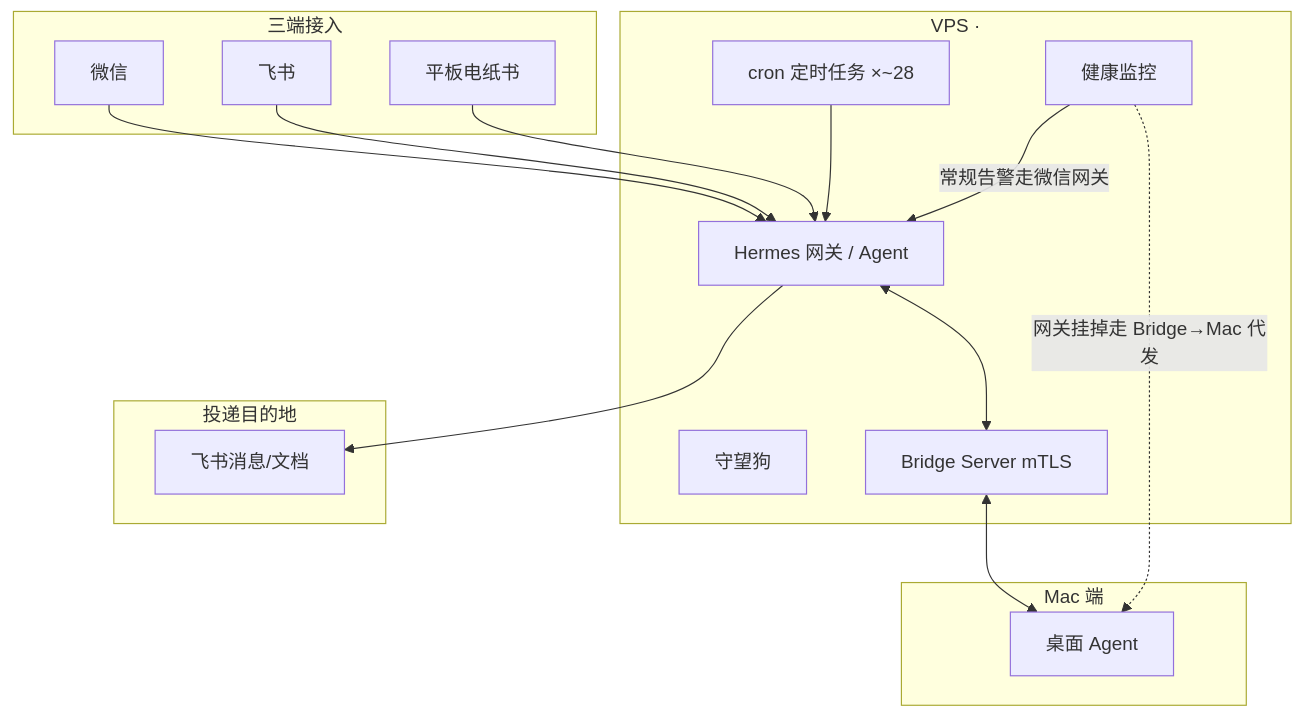
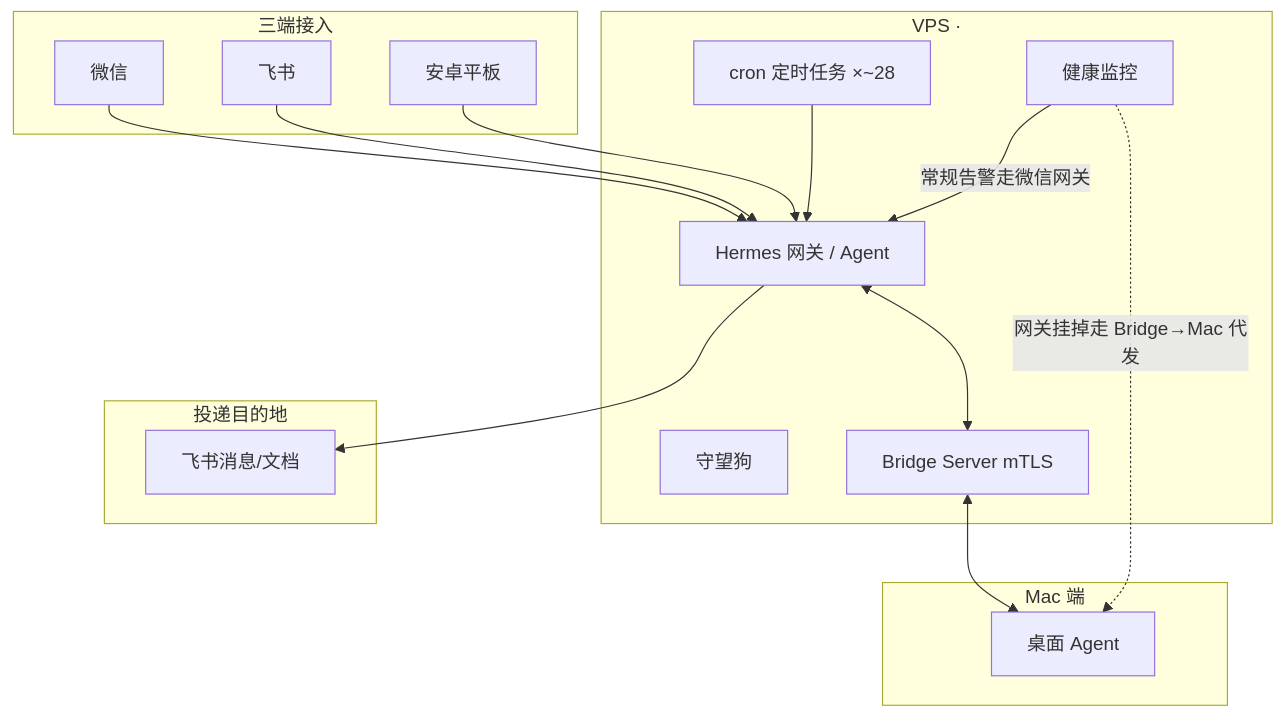
One commit to wangq32801-dev/assistant-os changed the diagram in docs/architecture.md. Above: the diagram before and after it, drawn with Mermaid. The commit also changed other lines of this file and 2 other files, not shown here.

````diff
--- a/docs/architecture.md
+++ b/docs/architecture.md
@@ -7,30 +7,30 @@
 ```mermaid
 flowchart TB
     subgraph clients[三端接入]
         WX[微信]
         FS[飞书]
-        PAD[平板电纸书]
+        PAD[安卓平板]
     end
     subgraph vps[VPS · <YOUR_SERVER_IP>]
         GW[Hermes 网关 / Agent]
         CRON[cron 定时任务 ×~28]
         MON[健康监控]
         DOG[守望狗]
         BR[Bridge Server mTLS]
     end
     subgraph mac[Mac 端]
         MACA[桌面 Agent]
     end
     subgraph sinks[投递目的地]
         FSAPI[飞书消息/文档]
     end
 
     WX --> GW
     FS --> GW
     PAD --> GW
     CRON --> GW
     GW --> FSAPI
     GW <--> BR <--> MACA
     MON -->|常规告警走微信网关| GW
     MON -.->|网关挂掉走 Bridge→Mac 代发| MACA
 ```
````
